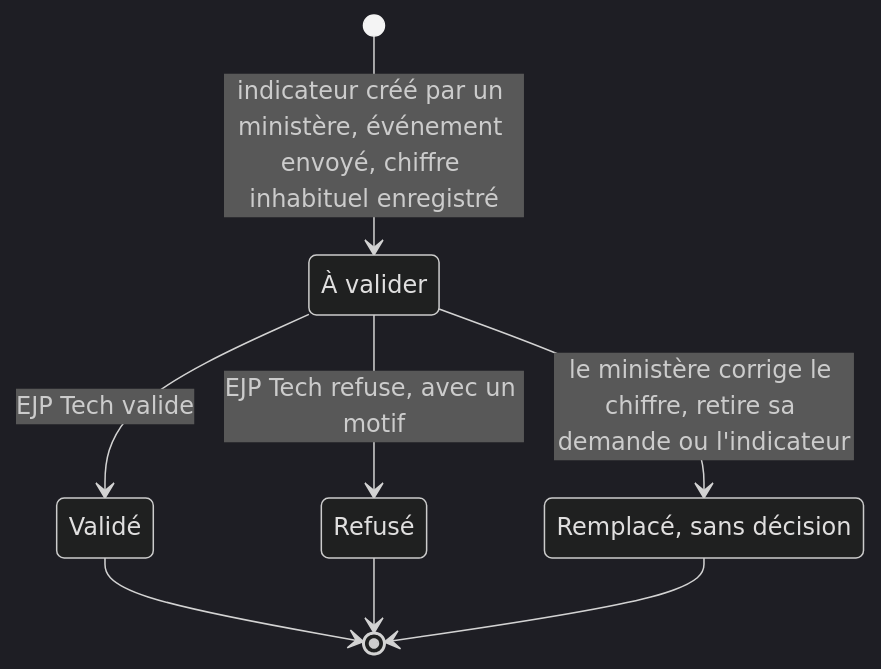
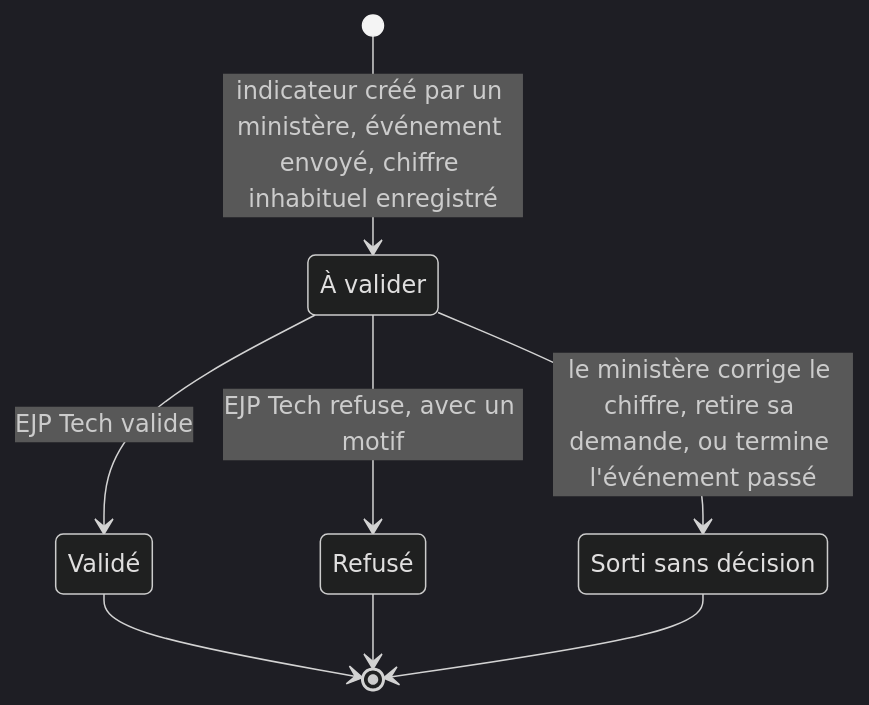
One commit to eglisejp-tech/pilotage-ejp changed the first of 2 diagrams in docs/conception/validation-metier.md. Above: the diagram before and after it, drawn with Mermaid (dark theme). The commit also changed other lines of this file and 2 other files, not shown here.

````diff
--- a/docs/conception/validation-metier.md
+++ b/docs/conception/validation-metier.md
@@ -163,14 +182,14 @@
 ```mermaid
 stateDiagram-v2
   state "À valider" as attente
   state "Validé" as valide
   state "Refusé" as refuse
-  state "Remplacé, sans décision" as remplace
+  state "Sorti sans décision" as sorti
   [*] --> attente : indicateur créé par un ministère, événement envoyé, chiffre inhabituel enregistré
   attente --> valide : EJP Tech valide
   attente --> refuse : EJP Tech refuse, avec un motif
-  attente --> remplace : le ministère corrige le chiffre, retire sa demande ou l'indicateur
+  attente --> sorti : le ministère corrige le chiffre, retire sa demande, ou termine l'événement passé
   valide --> [*]
   refuse --> [*]
-  remplace --> [*]
+  sorti --> [*]
 ```
````
